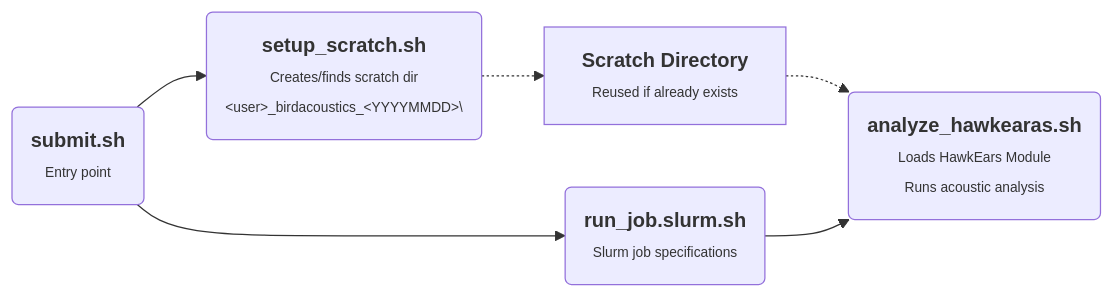
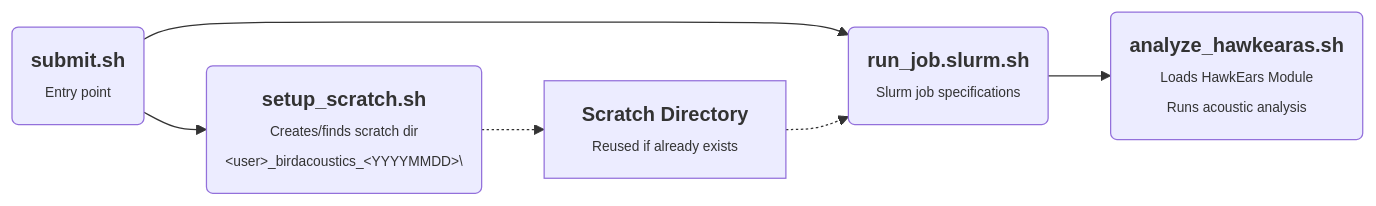
The diagram in README.md (SamLokanc/birdacoustics), drawn with Mermaid before and after one commit.

Commit message:
change mermaid diagram

````diff
--- a/README.md
+++ b/README.md
@@ -13,19 +13,19 @@
 ```mermaid
 flowchart LR
     A("`**submit.sh**
     <span style='font-size: 11px;'>Entry point</span>`")
     B("`**setup_scratch.sh**
     <span style='font-size: 11px;'>Creates/finds scratch dir </br> &ltuser&gt\_birdacoustics\_&ltYYYYMMDD&gt\ </span>`")
     C["`**Scratch Directory**
     <span style='font-size: 11px;'> Reused if already exists </span>`"]
     D("`**run_job.slurm.sh**
     <span style='font-size: 11px;'> Slurm job specifications </span>`")
     E("`**analyze_hawkearas.sh**
     <span style='font-size: 11px;'> Loads HawkEars Module </br> Runs acoustic analysis</span>`")
 
     A --> B 
     A --> D
     B -.-> C
-    C -.-> E
+    C -.-> D
     D --> E
 ```
````
